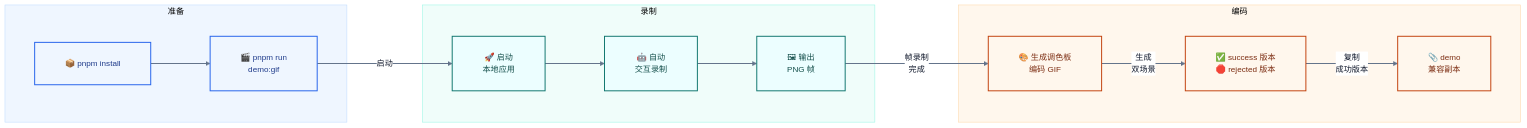
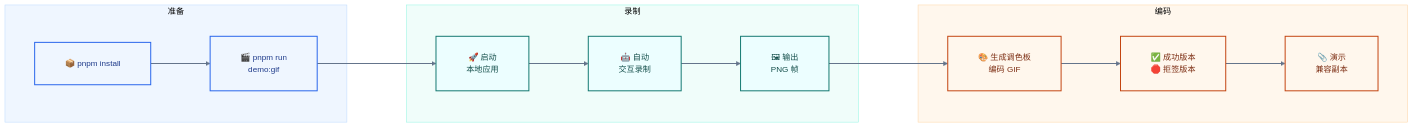
One commit to sunshineluyao/Moss-Mcp-Transaction changed the sixth of 8 diagrams in README.md. Above: the diagram before and after it, drawn with Mermaid. The commit also changed other lines of this file, not shown here.

Commit message:
docs: localize CN mermaid status chart and remove edge labels

````diff
--- a/README.md
+++ b/README.md
@@ -587,33 +587,33 @@
 ```mermaid
 %%{init: {'theme':'base','flowchart': {'htmlLabels': true, 'nodeSpacing': 96, 'rankSpacing': 110, 'curve': 'basis', 'padding': 28, 'diagramPadding': 24, 'wrappingWidth': 260},'themeVariables': {'fontFamily':'Inter, Segoe UI, sans-serif','fontSize':'15px','primaryTextColor':'#0f172a','lineColor':'#64748b','clusterBkg':'#f8fafc','clusterBorder':'#cbd5e1','edgeLabelBackground':'#ffffff','primaryBorderColor':'#2563eb','primaryColor':'#eff6ff'}}}%%
 flowchart LR
   subgraph P1[准备]
     A["📦 pnpm install"] --> B["🎬 pnpm run<br/>demo:gif"]
   end
 
   subgraph P2[录制]
     C["🚀 启动<br/>本地应用"] --> D["🤖 自动<br/>交互录制"]
     D --> E["🖼 输出<br/>PNG 帧"]
   end
 
   subgraph P3[编码]
     F["🎨 生成调色板<br/>编码 GIF"]
-    G["✅ success 版本<br/>🛑 rejected 版本"]
-    H["📎 demo<br/>兼容副本"]
+    G["✅ 成功版本<br/>🛑 拒签版本"]
+    H["📎 演示<br/>兼容副本"]
   end
 
-  B -->|启动| C
-  E -->|帧录制<br/>完成| F -->|生成<br/>双场景| G -->|复制<br/>成功版本| H
+  B --> C
+  E --> F --> G --> H
 
   classDef prep fill:#eff6ff,stroke:#2563eb,stroke-width:1.8px,color:#1e3a8a;
   classDef capture fill:#ecfeff,stroke:#0f766e,stroke-width:1.8px,color:#134e4a;
   classDef encode fill:#fff7ed,stroke:#c2410c,stroke-width:1.8px,color:#7c2d12;
 
   class A,B prep;
   class C,D,E capture;
   class F,G,H encode;
   style P1 fill:#eff6ff,stroke:#bfdbfe,stroke-width:1px
   style P2 fill:#f0fdfa,stroke:#99f6e4,stroke-width:1px
   style P3 fill:#fff7ed,stroke:#fed7aa,stroke-width:1px
   linkStyle default stroke:#64748b,stroke-width:2px;
 ```
````
